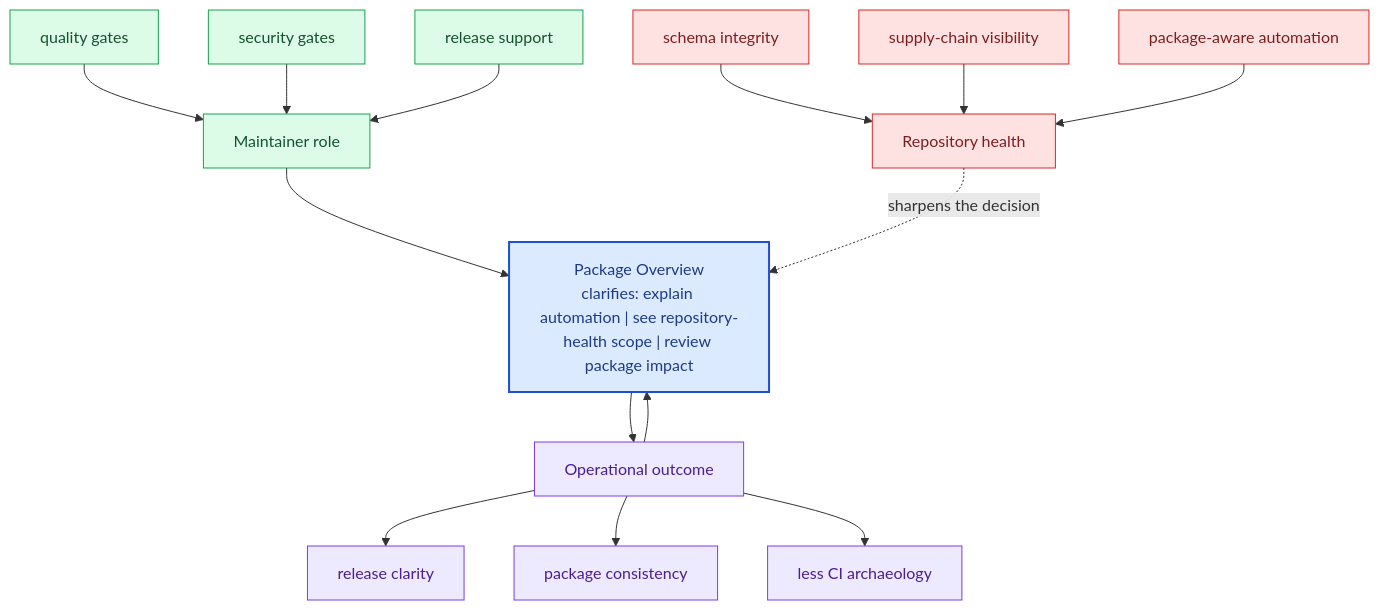
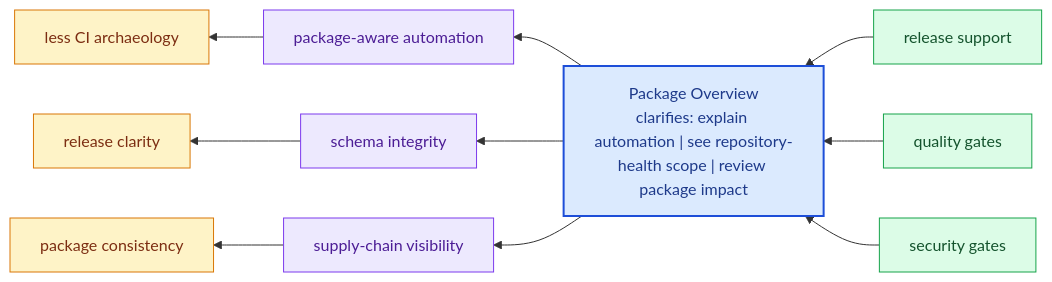
Before and after one commit to bijux/bijux-canon: the diagram in docs/bijux-canon-dev/package-overview.md, drawn with Mermaid. The commit also changed other lines of this file and 281 other files, not shown here.

Commit message:
docs(diagrams): replace repeated mermaid scaffolds with page-specific summaries

````diff
--- a/docs/bijux-canon-dev/package-overview.md
+++ b/docs/bijux-canon-dev/package-overview.md
@@ -69,40 +24,31 @@
 ```mermaid
-flowchart TB
-    promise["Package Overview<br/>clarifies: explain automation | see repository-health scope | review package impact"]
-    classDef promise fill:#dbeafe,stroke:#1d4ed8,color:#1e3a8a,stroke-width:2px;
-    classDef driver fill:#dcfce7,stroke:#16a34a,color:#14532d;
-    classDef constraint fill:#fee2e2,stroke:#dc2626,color:#7f1d1d;
-    classDef ground fill:#ede9fe,stroke:#7c3aed,color:#4c1d95;
-    focus1["Maintainer role"]
-    focus1 --> promise
-    focus1_1["quality gates"]
-    focus1_1 --> focus1
-    focus1_2["security gates"]
-    focus1_2 --> focus1
-    focus1_3["release support"]
-    focus1_3 --> focus1
-    class focus1 driver;
-    class focus1_1,focus1_2,focus1_3 driver;
-    focus2["Repository health"]
-    focus2 -.sharpens the decision.-> promise
-    focus2_1["schema integrity"]
-    focus2_1 --> focus2
-    focus2_2["supply-chain visibility"]
-    focus2_2 --> focus2
-    focus2_3["package-aware automation"]
-    focus2_3 --> focus2
-    class focus2 constraint;
-    class focus2_1,focus2_2,focus2_3 constraint;
-    focus3["Operational outcome"]
-    focus3 --> promise
-    promise --> focus3
-    focus3_1["release clarity"]
-    focus3 --> focus3_1
-    focus3_2["package consistency"]
-    focus3 --> focus3_2
-    focus3_3["less CI archaeology"]
-    focus3 --> focus3_3
-    class focus3 ground;
-    class focus3_1,focus3_2,focus3_3 ground;
-    class promise promise;
+flowchart RL
+    page["Package Overview<br/>clarifies: explain automation | see repository-health scope | review package impact"]
+    classDef page fill:#dbeafe,stroke:#1d4ed8,color:#1e3a8a,stroke-width:2px;
+    classDef positive fill:#dcfce7,stroke:#16a34a,color:#14532d;
+    classDef caution fill:#fee2e2,stroke:#dc2626,color:#7f1d1d;
+    classDef anchor fill:#ede9fe,stroke:#7c3aed,color:#4c1d95;
+    classDef action fill:#fef3c7,stroke:#d97706,color:#7c2d12;
+    role1["release support"]
+    role1 --> page
+    role2["quality gates"]
+    role2 --> page
+    role3["security gates"]
+    role3 --> page
+    health1["package-aware automation"]
+    page --> health1
+    health2["schema integrity"]
+    page --> health2
+    health3["supply-chain visibility"]
+    page --> health3
+    outcome1["less CI archaeology"]
+    health1 --> outcome1
+    outcome2["release clarity"]
+    health2 --> outcome2
+    outcome3["package consistency"]
+    health3 --> outcome3
+    class page page;
+    class role1,role2,role3 positive;
+    class health1,health2,health3 anchor;
+    class outcome1,outcome2,outcome3 action;
 ```
````
